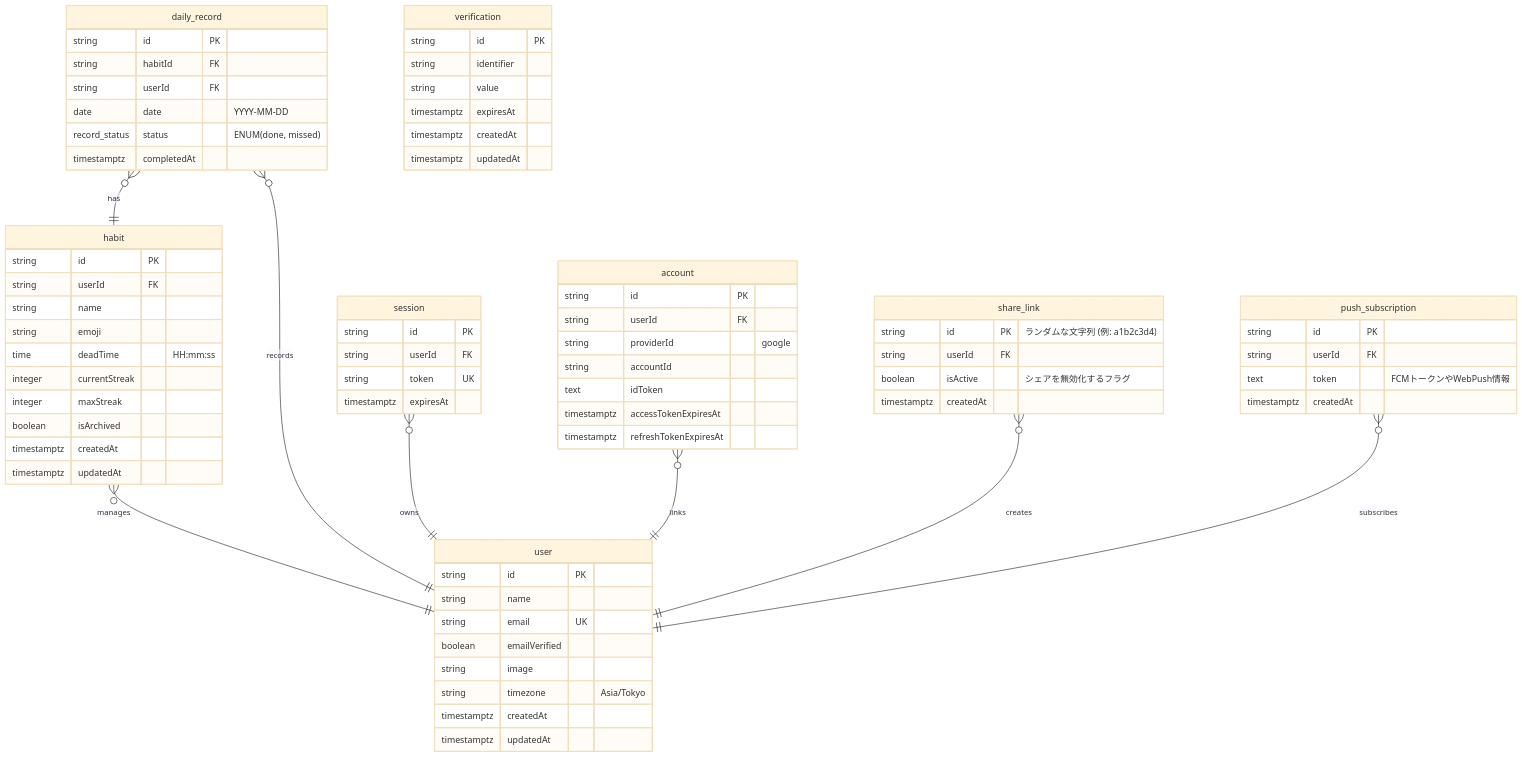
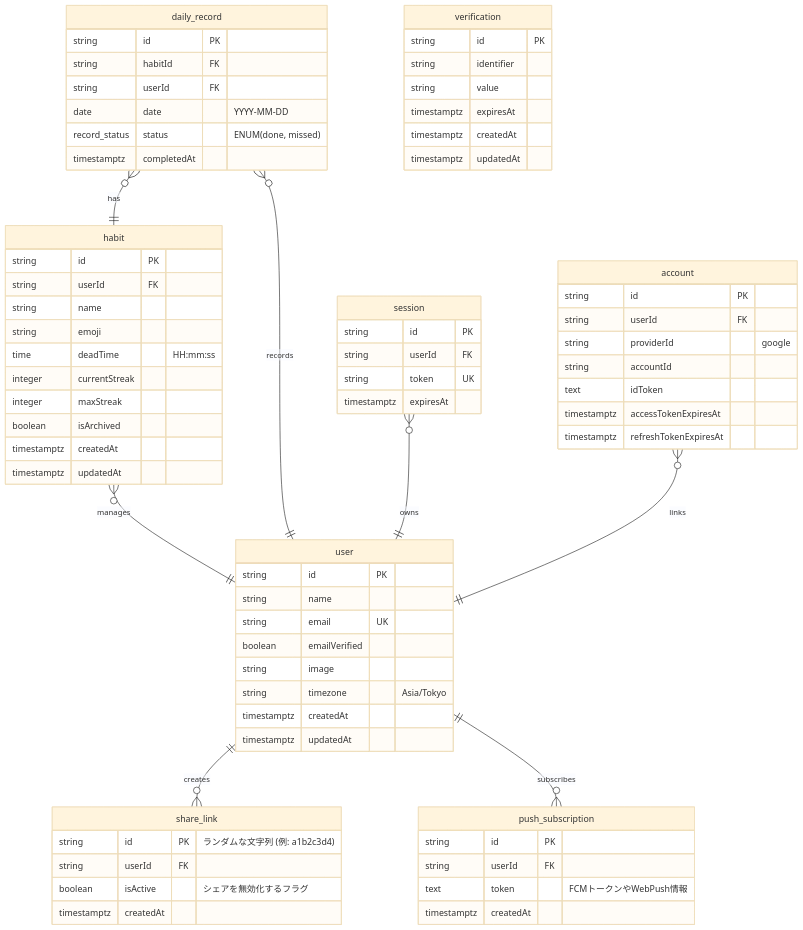
The diagram in docs/db.md (devegoma/dailygreen), drawn with Mermaid (base theme) before and after one commit.

Commit message:
docs: Refactor ER diagram relationships for consistency
- Updated relationships in the ER diagram to ensure uniformity in notation.
- Changed the relationship definitions for `share_link` and `push_subscription` to align with the established format.

```diff
--- a/docs/db.md
+++ b/docs/db.md
@@ -14,8 +14,8 @@
     daily_record }o--|| user : "records"
     session }o--|| user : "owns"
     account }o--|| user : "links"
-    share_link }o--|| user : "creates"
-    push_subscription }o--|| user : "subscribes"
+    user ||--o{ share_link : "creates"
+    user ||--o{ push_subscription : "subscribes"
 
     daily_record {
         string id PK
```
